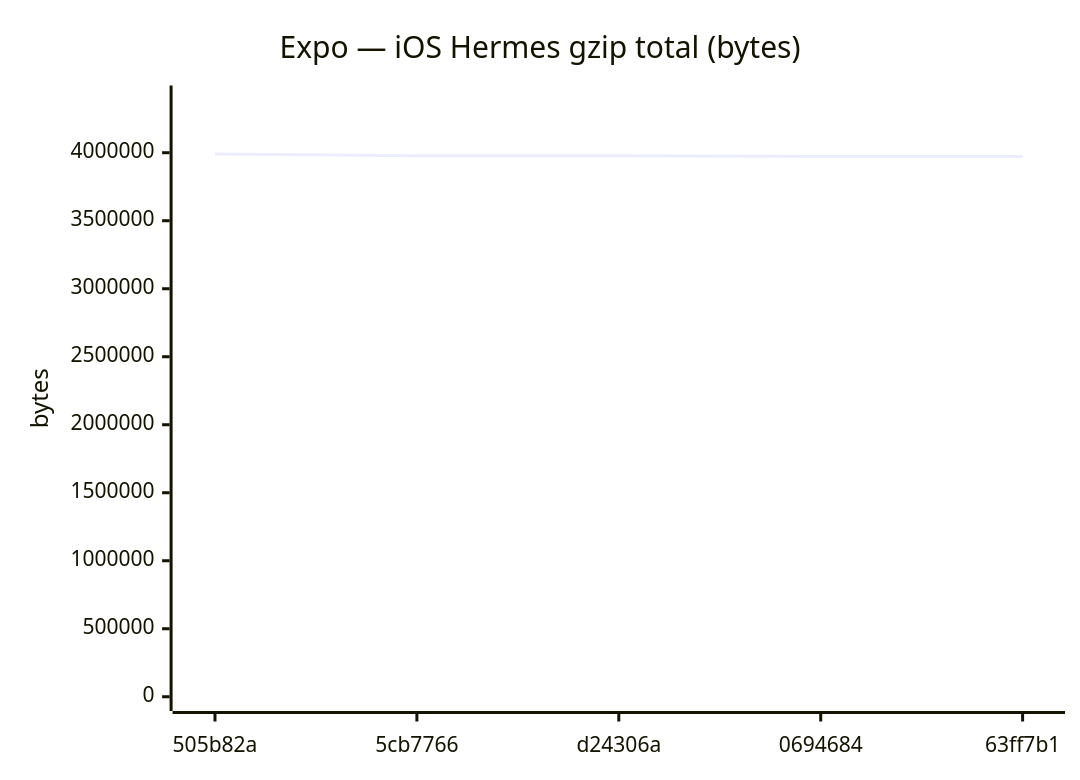
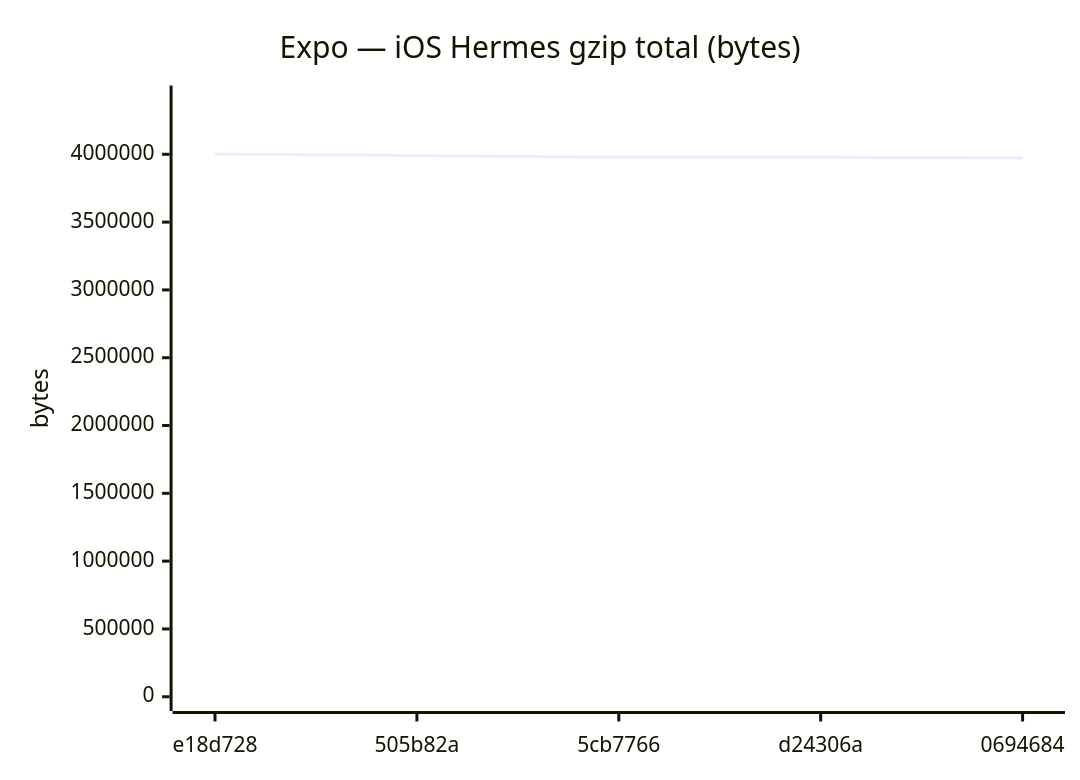
One commit to Metaheurist/Rianell changed diagram 12 of 18 in benchmarks/compare.md. Above: the diagram before and after it, drawn with Mermaid. The commit also changed other lines of this file and 11 other files, not shown here.

````diff
--- a/benchmarks/compare.md
+++ b/benchmarks/compare.md
@@ -179,7 +179,7 @@
 ```mermaid
 xychart-beta
     title "Expo — iOS Hermes gzip total (bytes)"
-    x-axis ["505b82a", "5cb7766", "d24306a", "0694684", "63ff7b1"]
-    y-axis "bytes" 0 --> 4389423
-    line [3990384, 3978033, 3978036, 3971946, 3971945]
+    x-axis ["e18d728", "505b82a", "5cb7766", "d24306a", "0694684"]
+    y-axis "bytes" 0 --> 4402328
+    line [4002116, 3990384, 3978033, 3978036, 3971946]
 ```
````
